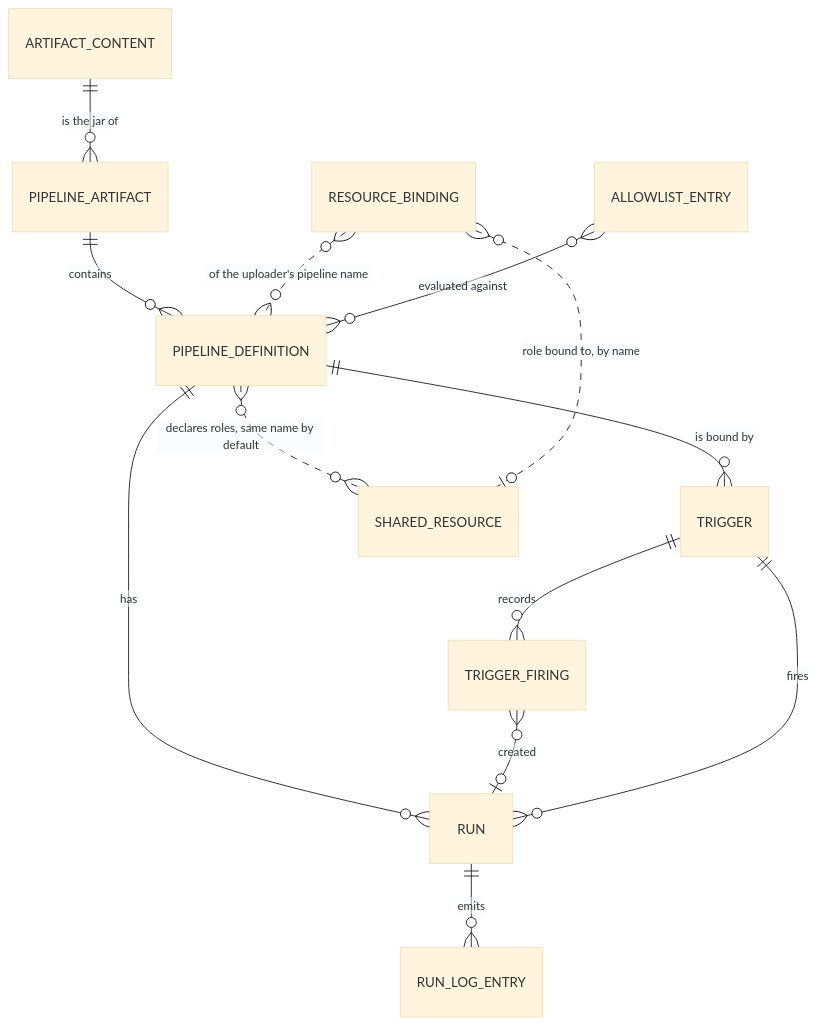
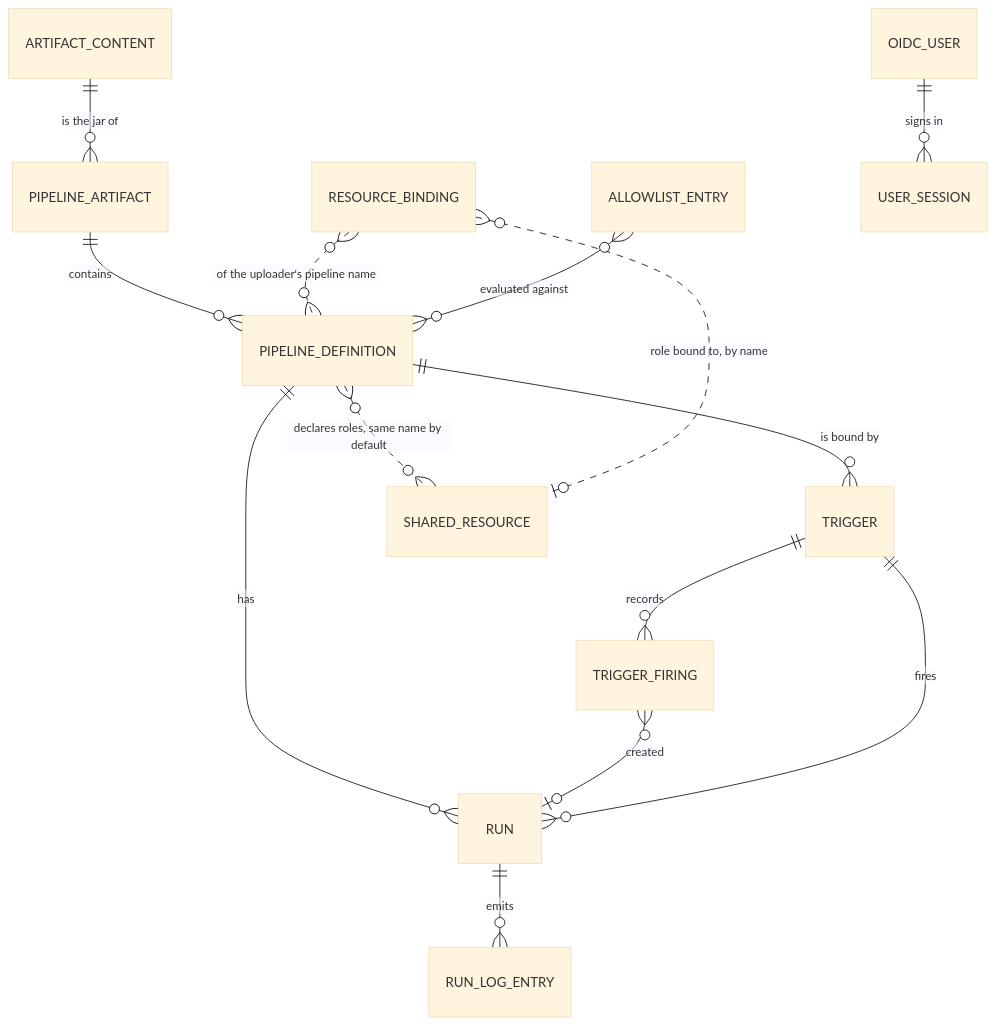
One commit to lanyitin/runline changed the diagram in docs/stable/pipeline-engine/06-data-model.md. Above: the diagram before and after it, drawn with Mermaid (base theme). The commit also changed other lines of this file and 151 other files, not shown here.

````diff
--- a/docs/stable/pipeline-engine/06-data-model.md
+++ b/docs/stable/pipeline-engine/06-data-model.md
@@ -7,15 +7,16 @@
 ```mermaid
 erDiagram
   ARTIFACT_CONTENT ||--o{ PIPELINE_ARTIFACT : "is the jar of"
   PIPELINE_ARTIFACT ||--o{ PIPELINE_DEFINITION : contains
   PIPELINE_DEFINITION ||--o{ TRIGGER : "is bound by"
   PIPELINE_DEFINITION ||--o{ RUN : "has"
   PIPELINE_DEFINITION }o..o{ SHARED_RESOURCE : "declares roles, same name by default"
   RESOURCE_BINDING }o..o| SHARED_RESOURCE : "role bound to, by name"
   RESOURCE_BINDING }o..o{ PIPELINE_DEFINITION : "of the uploader's pipeline name"
   TRIGGER ||--o{ TRIGGER_FIRING : "records"
   TRIGGER_FIRING }o--o| RUN : "created"
   TRIGGER ||--o{ RUN : "fires"
   RUN ||--o{ RUN_LOG_ENTRY : "emits"
   ALLOWLIST_ENTRY }o--o{ PIPELINE_DEFINITION : "evaluated against"
+  OIDC_USER ||--o{ USER_SESSION : "signs in"
 ```
````
